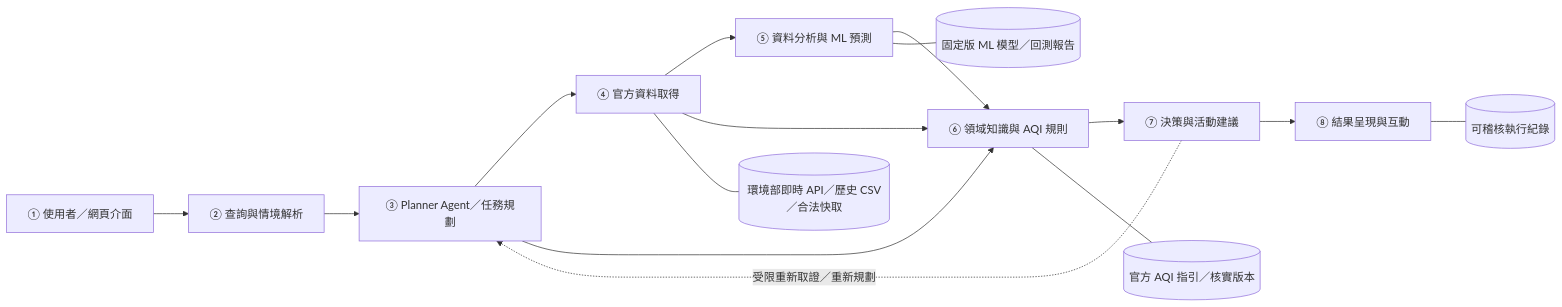
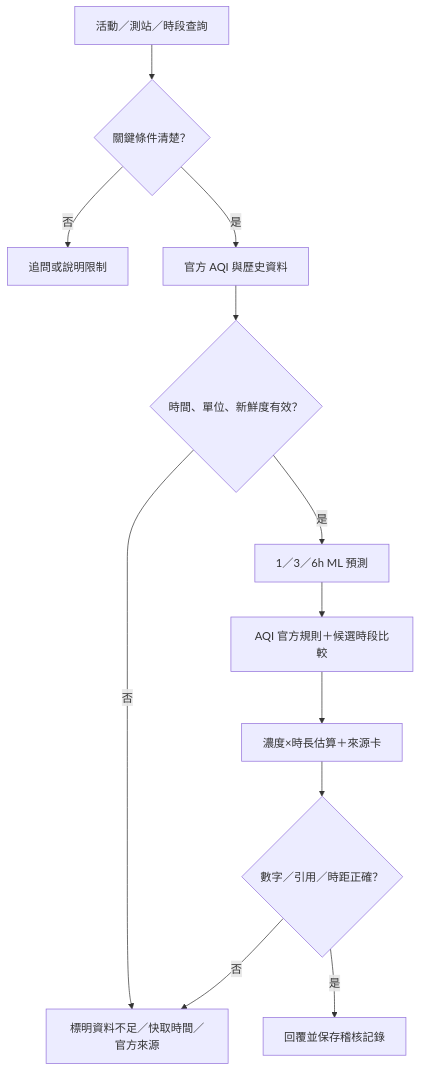
One commit to sam052003/AirGuard-AI changed the second of 2 diagrams in DESIGN.md. Above: the diagram before and after it, drawn with Mermaid. The commit also changed other lines of this file, not shown here.

````diff
--- a/DESIGN.md
+++ b/DESIGN.md
@@ -47,17 +131,14 @@
 ```mermaid
-flowchart LR
-  A[① 使用者／網頁介面] --> B[② 查詢與情境解析]
-  B --> C[③ Planner Agent／任務規劃]
-  C --> D[④ 官方資料取得]
-  D --> E[⑤ 資料分析與 ML 預測]
-  E --> F[⑥ 領域知識與 AQI 規則]
-  F --> G[⑦ 決策與活動建議]
-  G --> H[⑧ 結果呈現與互動]
-  C --> F
-  D --> F
-  G -.受限重新取證／重新規劃.-> C
-  D --- S[(環境部即時 API／歷史 CSV／合法快取)]
-  F --- R[(官方 AQI 指引／核實版本)]
-  E --- M[(固定版 ML 模型／回測報告)]
-  H --- L[(可稽核執行紀錄)]
+flowchart TD
+  A["活動／測站／時段查詢"] --> B{"關鍵條件清楚？"}
+  B -- 否 --> X["追問或說明限制"]
+  B -- 是 --> C["官方 AQI 與歷史資料"]
+  C --> D{"時間、單位、新鮮度有效？"}
+  D -- 否 --> Z["標明資料不足／快取時間／官方來源"]
+  D -- 是 --> E["1／3／6h ML 預測"]
+  E --> F["AQI 官方規則＋候選時段比較"]
+  F --> G["濃度×時長估算＋來源卡"]
+  G --> H{"數字／引用／時距正確？"}
+  H -- 否 --> Z
+  H -- 是 --> I["回覆並保存稽核記錄"]
 ```
````
